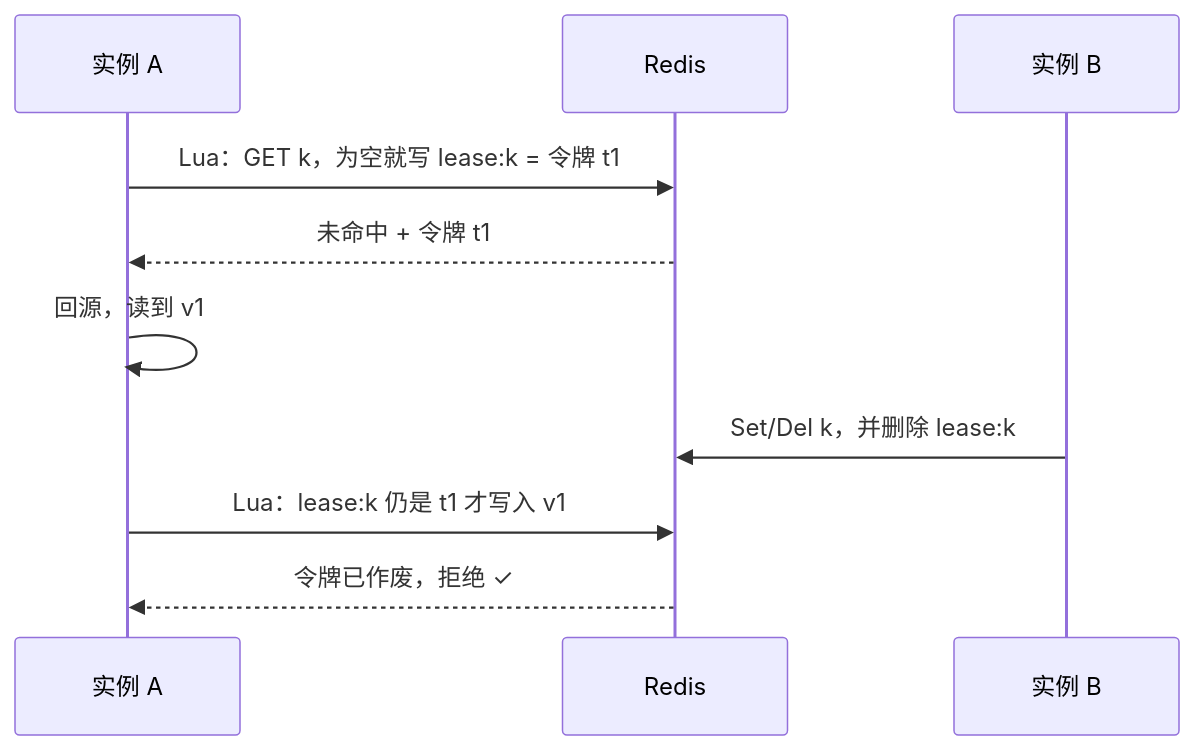
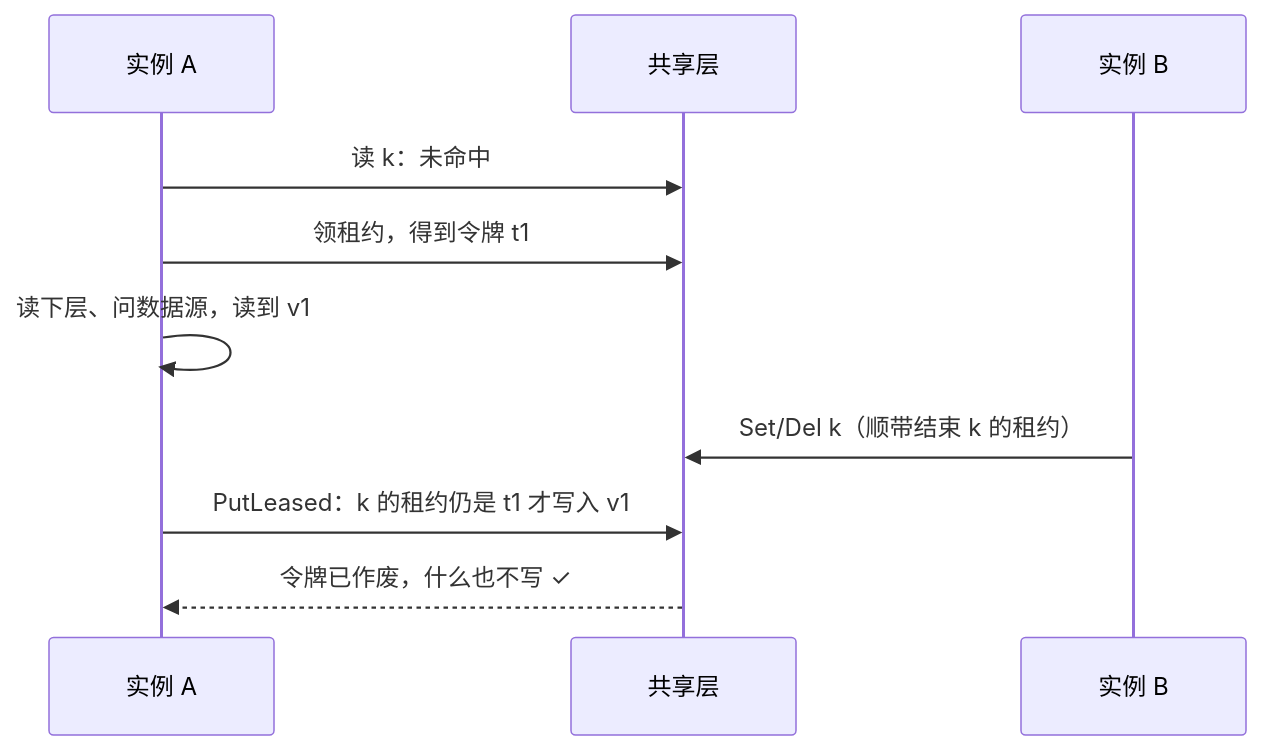
The third of 3 diagrams in docs/design/consistency.md (theplant/cachex), drawn with Mermaid before and after one commit. The commit also changed other lines of this file and 14 other files, not shown here.

````diff
--- a/docs/design/consistency.md
+++ b/docs/design/consistency.md
@@ -79,12 +76,12 @@
 ```mermaid
 sequenceDiagram
     participant A as 实例 A
-    participant R as Redis
+    participant R as 共享层
     participant B as 实例 B
-    A->>R: Lua：GET k，为空就写 lease:k = 令牌 t1
-    R-->>A: 未命中 + 令牌 t1
-    A->>A: 回源，读到 v1
-    B->>R: Set/Del k，并删除 lease:k
-    A->>R: Lua：lease:k 仍是 t1 才写入 v1
-    R-->>A: 令牌已作废，拒绝 ✓
+    A->>R: 读 k：未命中
+    A->>R: 领租约，得到令牌 t1
+    A->>A: 读下层、问数据源，读到 v1
+    B->>R: Set/Del k（顺带结束 k 的租约）
+    A->>R: PutLeased：k 的租约仍是 t1 才写入 v1
+    R-->>A: 令牌已作废，什么也不写 ✓
 ```
````
